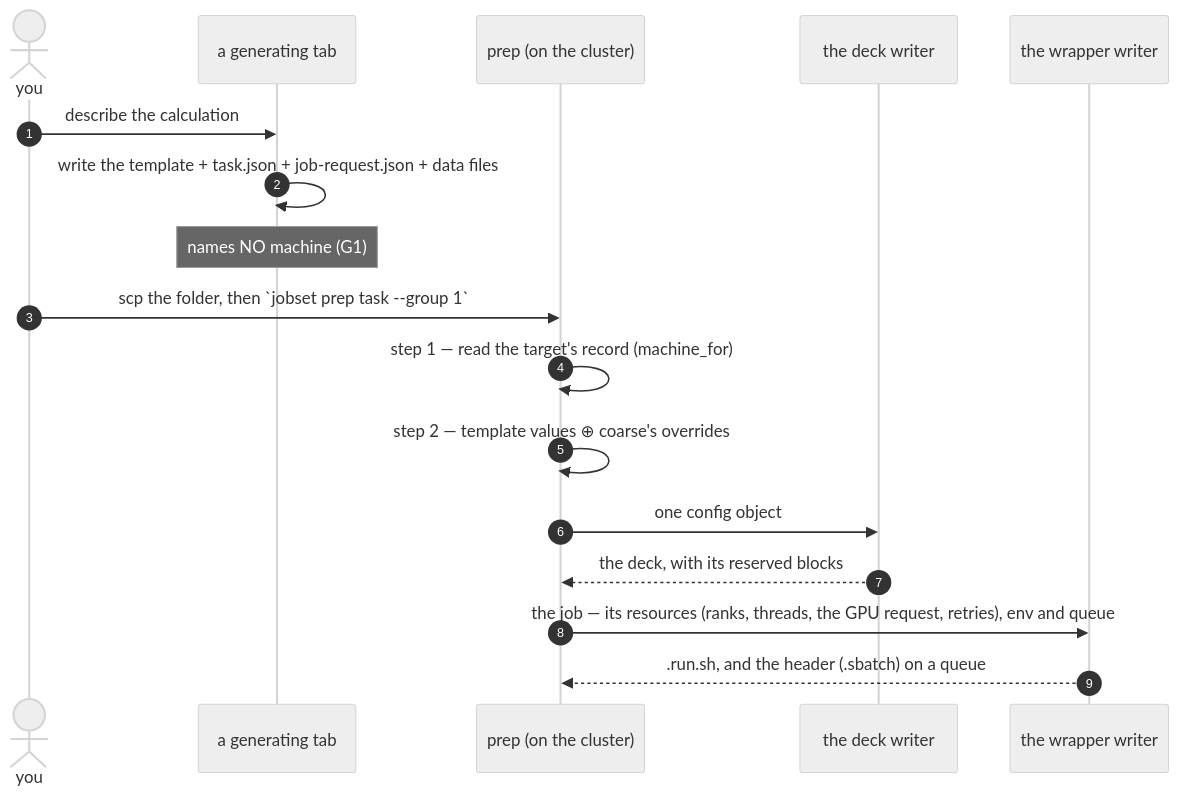
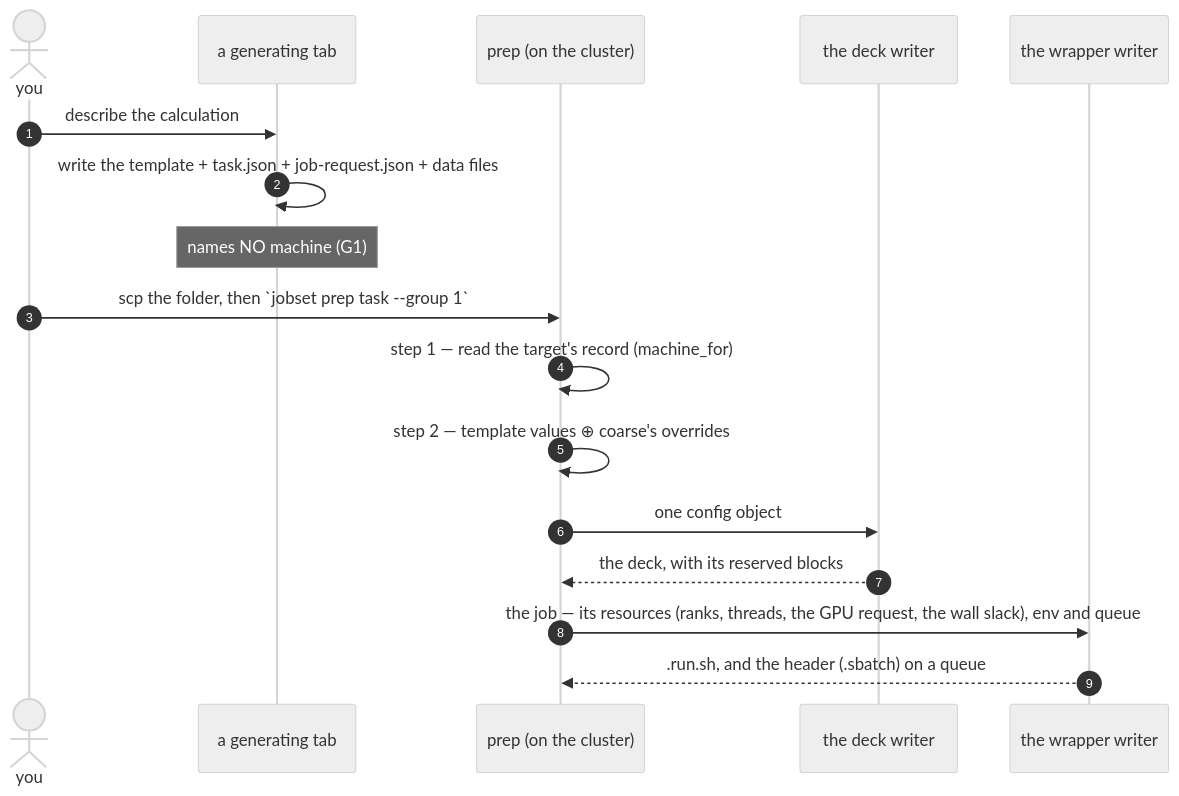
The eighth of 8 diagrams in docs/engines/template.md (Qing-LAB/molbuilder), drawn with Mermaid (neutral theme) before and after one commit. The commit also changed other lines of this file and 122 other files, not shown here.

````diff
--- a/docs/engines/template.md
+++ b/docs/engines/template.md
@@ -2856,20 +2864,20 @@
 ```mermaid
 sequenceDiagram
     autonumber
     actor U as you
     participant B as a generating tab
     participant P as prep (on the cluster)
     participant D as the deck writer
     participant W as the wrapper writer
 
     U->>B: describe the calculation
     B->>B: write the template + task.json + job-request.json + data files
     Note over B: names NO machine (G1)
     U->>P: scp the folder, then `jobset prep task --group 1`
     P->>P: step 1 — read the target's record (machine_for)
     P->>P: step 2 — template values ⊕ coarse's overrides
     P->>D: one config object
     D-->>P: the deck, with its reserved blocks
-    P->>W: the job — its resources (ranks, threads, the GPU request, retries), env and queue
+    P->>W: the job — its resources (ranks, threads, the GPU request, the wall slack), env and queue
     W-->>P: .run.sh, and the header (.sbatch) on a queue
 ```
````
